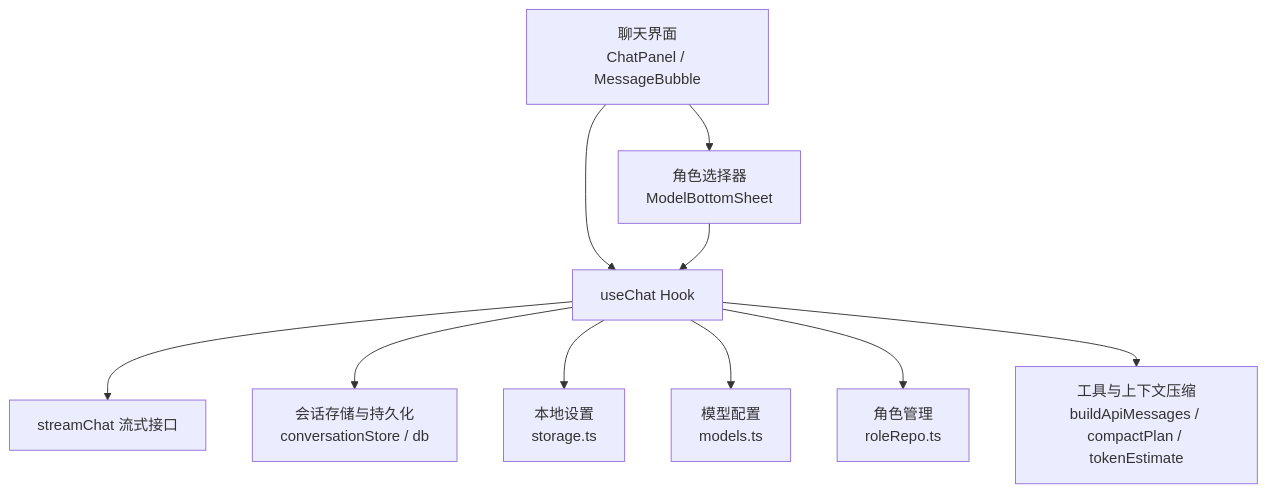
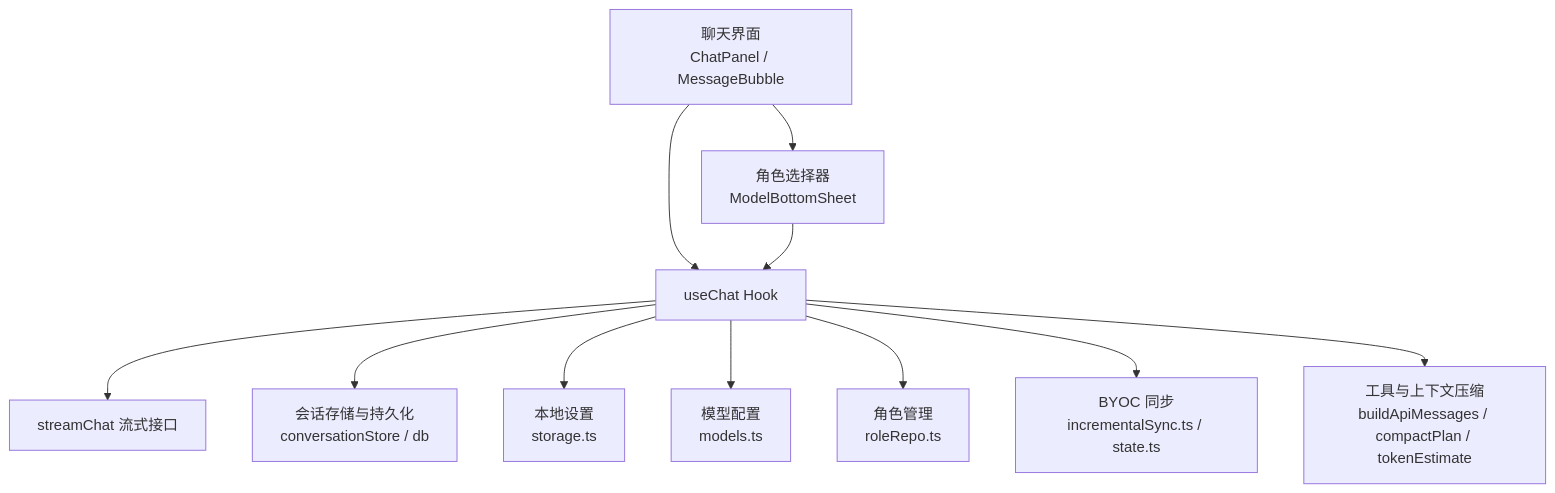
One commit to billye220670/AIShop changed the first of 6 diagrams in .qoder/repowiki/zh/content/聊天模块/聊天状态管理 Hook.md. Above: the diagram before and after it, drawn with Mermaid. The commit also changed other lines of this file and 30 other files, not shown here.

First line of the commit message:
fix: 修复 BYOC 自动同步与流式输出的竞态（圆点中断、Load failed、图片不可用）

````diff
--- a/.qoder/repowiki/zh/content/聊天模块/聊天状态管理 Hook.md
+++ b/.qoder/repowiki/zh/content/聊天模块/聊天状态管理 Hook.md
@@ -43,12 +44,13 @@
 ```mermaid
 graph TB
 UI["聊天界面<br/>ChatPanel / MessageBubble"] --> Hook["useChat Hook"]
 Hook --> API["streamChat 流式接口"]
 Hook --> Store["会话存储与持久化<br/>conversationStore / db"]
 Hook --> Settings["本地设置<br/>storage.ts"]
 Hook --> Models["模型配置<br/>models.ts"]
 Hook --> Roles["角色管理<br/>roleRepo.ts"]
+Hook --> BYOC["BYOC 同步<br/>incrementalSync.ts / state.ts"]
 Hook --> Utils["工具与上下文压缩<br/>buildApiMessages / compactPlan / tokenEstimate"]
 UI --> RoleSelector["角色选择器<br/>ModelBottomSheet"]
 RoleSelector --> Hook
 ```
````
